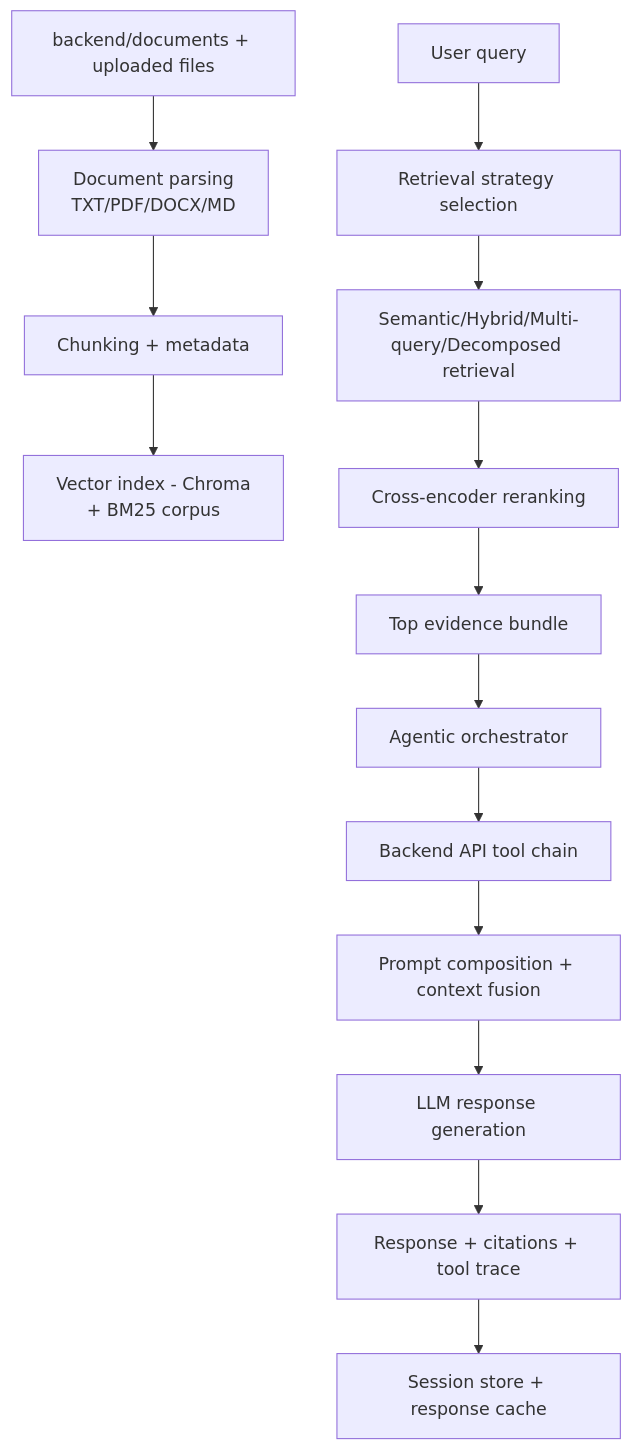
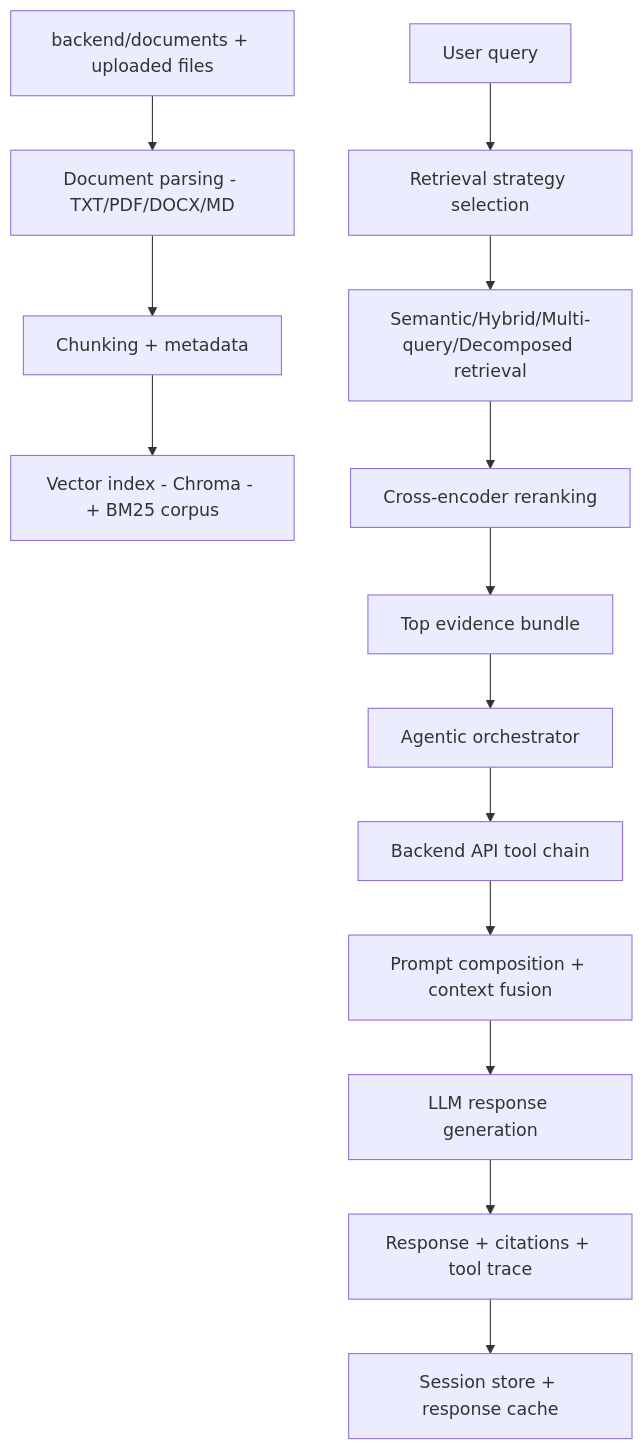
One commit to yamposskype/AI-RAG-LangChain changed the seventh of 10 diagrams in README.md. Above: the diagram before and after it, drawn with Mermaid. The commit also changed other lines of this file and 11 other files, not shown here.

````diff
--- a/README.md
+++ b/README.md
@@ -364,16 +364,16 @@
 ```mermaid
 flowchart TD
-  SourceDocs[backend/documents + uploaded files] --> Parse[Document parsing\nTXT/PDF/DOCX/MD]
+  SourceDocs[backend/documents + uploaded files] --> Parse[Document parsing - TXT/PDF/DOCX/MD]
   Parse --> Chunk[Chunking + metadata]
-  Chunk --> Index[Vector index - Chroma\n+ BM25 corpus]
+  Chunk --> Index[Vector index - Chroma - + BM25 corpus]
   Query[User query] --> Strategy[Retrieval strategy selection]
   Strategy --> Retrieve[Semantic/Hybrid/Multi-query/Decomposed retrieval]
   Retrieve --> Rerank[Cross-encoder reranking]
   Rerank --> Evidence[Top evidence bundle]
   Evidence --> Agent[Agentic orchestrator]
   Agent --> Tools[Backend API tool chain]
   Tools --> Compose[Prompt composition + context fusion]
   Compose --> LLM[LLM response generation]
   LLM --> Output[Response + citations + tool trace]
   Output --> Session[Session store + response cache]
 ```
````
